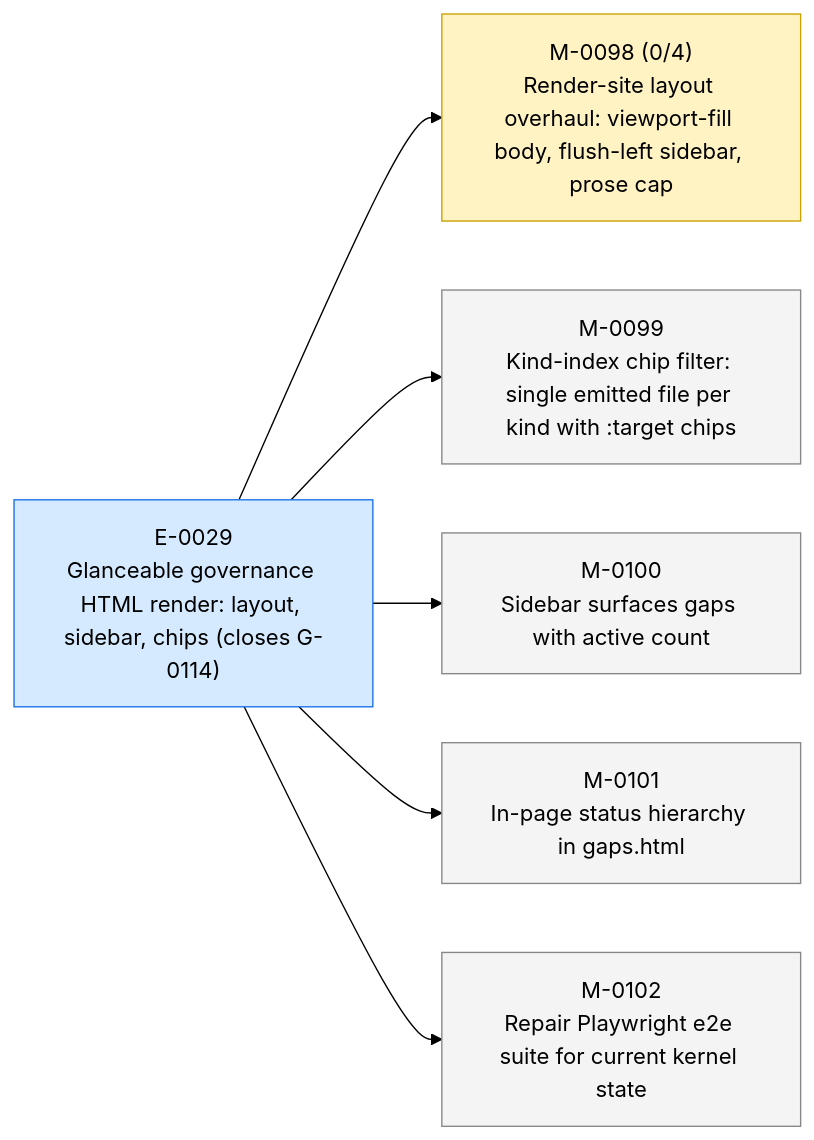
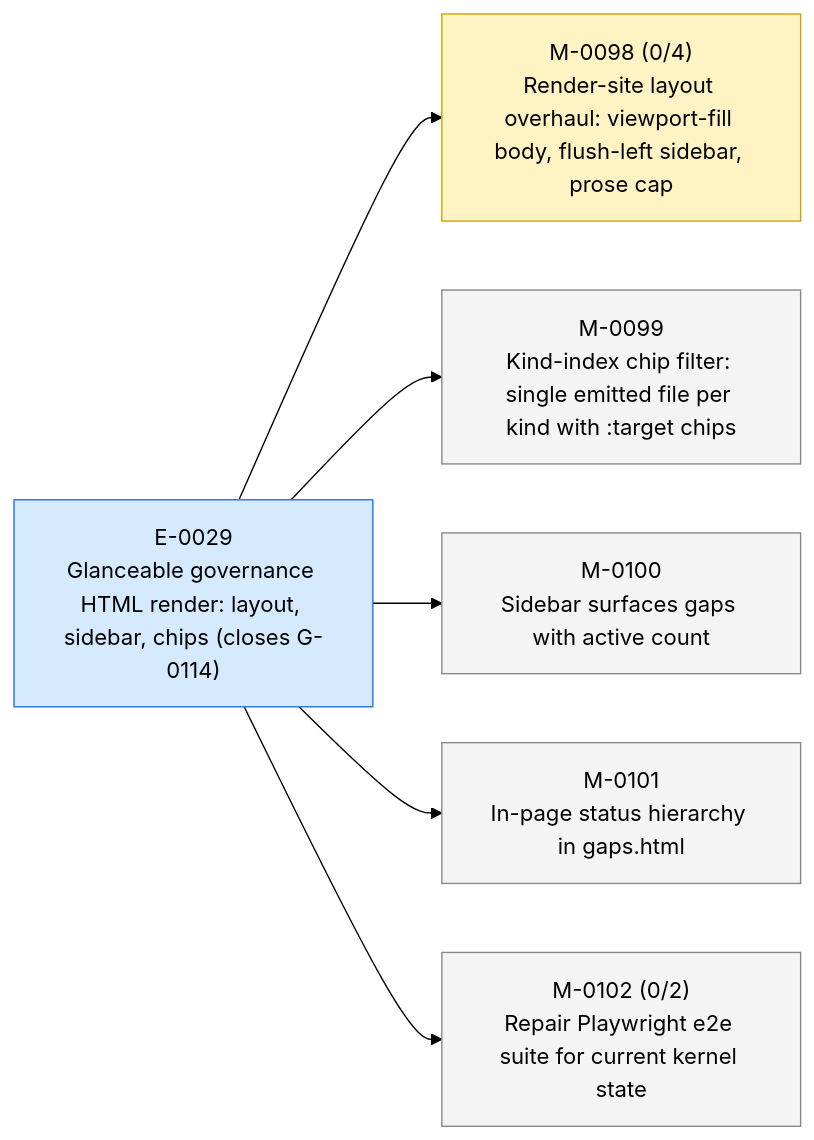
The first of 3 diagrams in STATUS.md (23min/aiwf), drawn with Mermaid (forest theme) before and after one commit. The commit also changed other lines of this file and 1 other file, not shown here.

````diff
--- a/STATUS.md
+++ b/STATUS.md
@@ -17,20 +17,20 @@
 ```mermaid
 flowchart LR
   E_0029["E-0029<br/>Glanceable governance HTML render: layout, sidebar, chips (closes G-0114)"]:::epic_active
   M_0098["M-0098 (0/4)<br/>Render-site layout overhaul: viewport-fill body, flush-left sidebar, prose cap"]:::ms_in_progress
   E_0029 --> M_0098
   M_0099["M-0099<br/>Kind-index chip filter: single emitted file per kind with :target chips"]:::ms_draft
   E_0029 --> M_0099
   M_0100["M-0100<br/>Sidebar surfaces gaps with active count"]:::ms_draft
   E_0029 --> M_0100
   M_0101["M-0101<br/>In-page status hierarchy in gaps.html"]:::ms_draft
   E_0029 --> M_0101
-  M_0102["M-0102<br/>Repair Playwright e2e suite for current kernel state"]:::ms_draft
+  M_0102["M-0102 (0/2)<br/>Repair Playwright e2e suite for current kernel state"]:::ms_draft
   E_0029 --> M_0102
   classDef epic_active fill:#d6eaff,stroke:#1a73e8,color:#000
   classDef epic_proposed fill:#f4f4f4,stroke:#888,color:#000
   classDef ms_done fill:#d8f5d8,stroke:#2a8a2a,color:#000
   classDef ms_in_progress fill:#fff3c4,stroke:#caa400,color:#000
   classDef ms_draft fill:#f4f4f4,stroke:#888,color:#000
   classDef ms_cancelled fill:#fbeaea,stroke:#c33,color:#000
 ```
````
